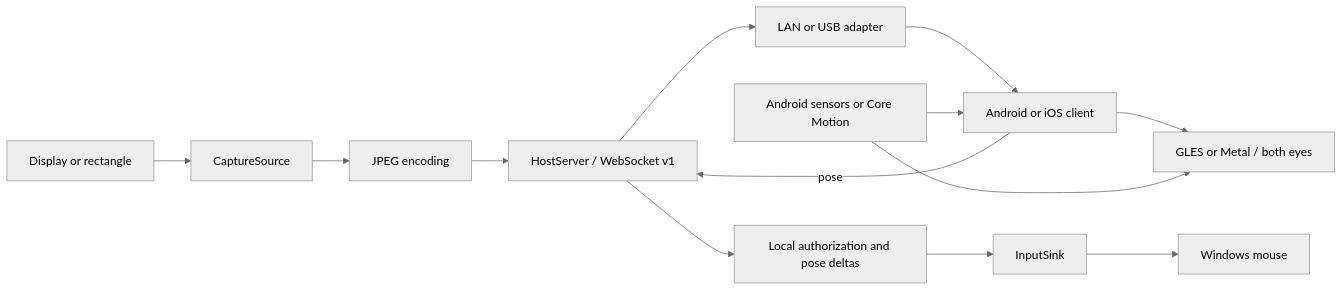
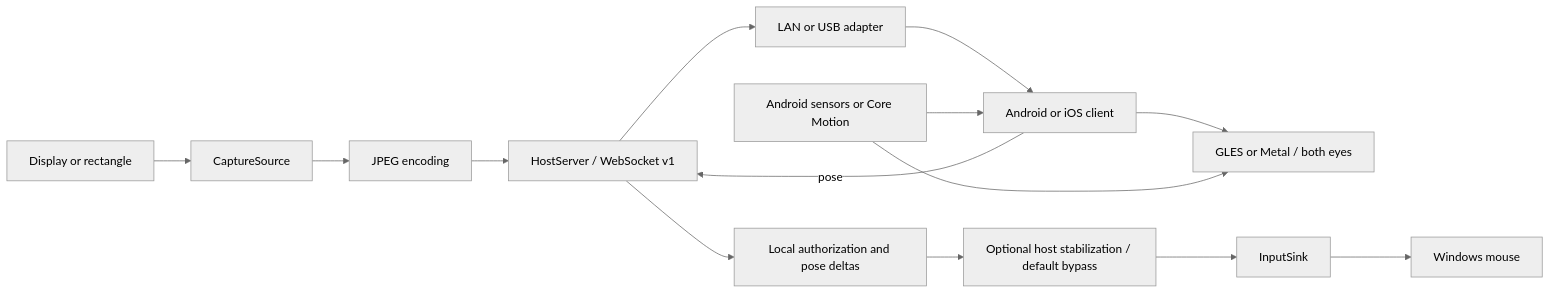
One commit to LexZeon/VRization changed the first of 2 diagrams in docs/ARCHITECTURE.md. Above: the diagram before and after it, drawn with Mermaid (neutral theme). The commit also changed other lines of this file and 87 other files, not shown here.

````diff
--- a/docs/ARCHITECTURE.md
+++ b/docs/ARCHITECTURE.md
@@ -10,15 +10,16 @@
 ```mermaid
 flowchart LR
     A[Display or rectangle] --> B[CaptureSource]
     B --> C[JPEG encoding]
     C --> D[HostServer / WebSocket v1]
     D --> T[LAN or USB adapter]
     T --> E[Android or iOS client]
     E --> F[GLES or Metal / both eyes]
     G[Android sensors or Core Motion] --> F
     G --> E
     E -->|pose| D
     D --> H[Local authorization and pose deltas]
-    H --> I[InputSink]
+    H --> S[Optional host stabilization / default bypass]
+    S --> I[InputSink]
     I --> J[Windows mouse]
 ```
````
